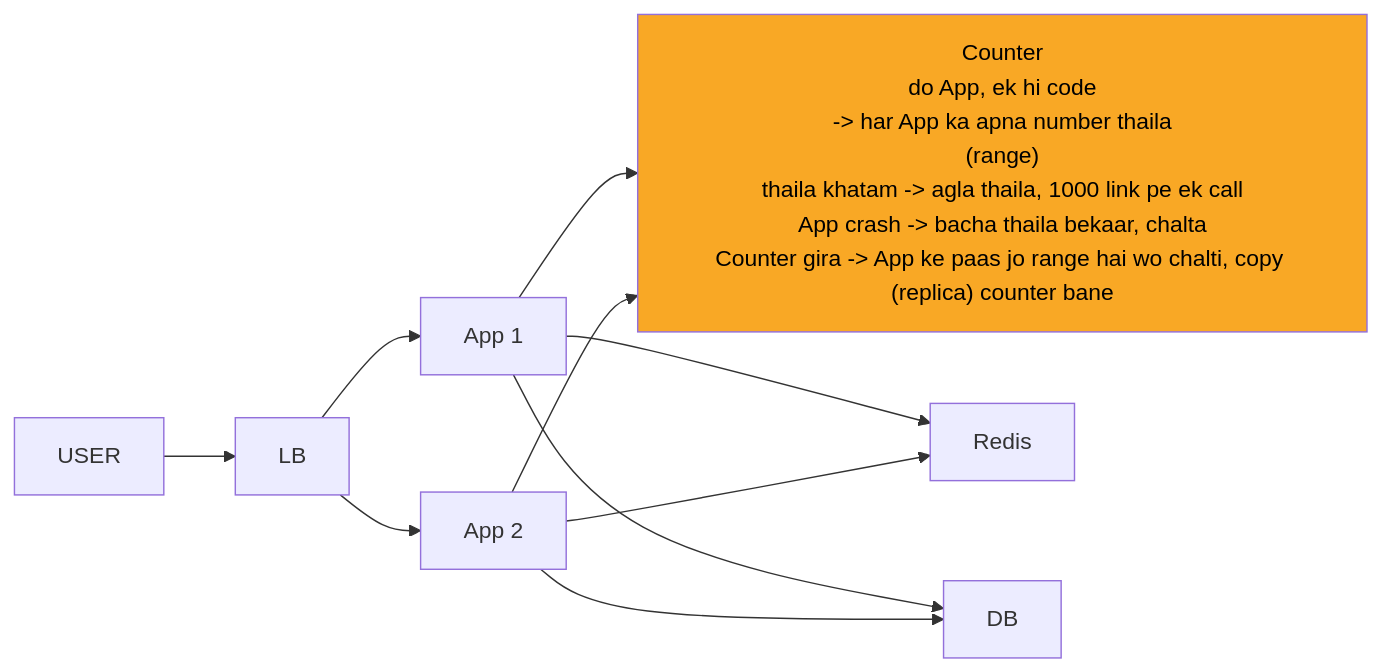
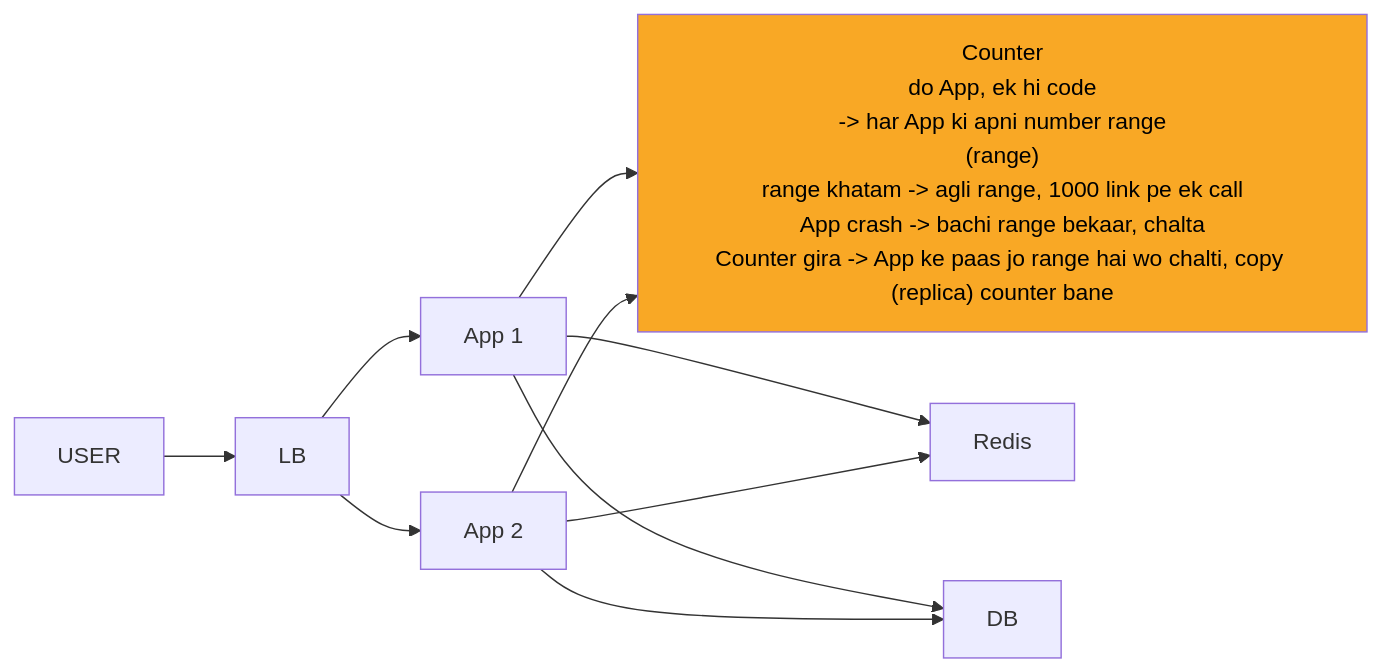
One commit to ArpanMaheshwari144/Prep changed the fourth of 10 diagrams in 04_HLD/SYSTEM_DESIGNS/01_url_shortener/01_url_shortener.md. Above: the diagram before and after it, drawn with Mermaid. The commit also changed other lines of this file and 12 other files, not shown here.

````diff
--- a/04_HLD/SYSTEM_DESIGNS/01_url_shortener/01_url_shortener.md
+++ b/04_HLD/SYSTEM_DESIGNS/01_url_shortener/01_url_shortener.md
@@ -189,21 +189,21 @@
 ```mermaid
 %%{init: {"flowchart": {"wrappingWidth": 450}}}%%
 flowchart LR
     n_USER["USER"]
     n_LB["LB"]
     n_App_x_N_1["App 1"]
     n_App_x_N_2["App 2"]
-    n_Counter["Counter<br/>do App, ek hi code<br/>-> har App ka apna number thaila<br/>(range)<br/>thaila khatam -> agla thaila, 1000 link pe ek call<br/>App crash -> bacha thaila bekaar, chalta<br/>Counter gira -> App ke paas jo range hai wo chalti, copy (replica) counter bane"]
+    n_Counter["Counter<br/>do App, ek hi code<br/>-> har App ki apni number range<br/>(range)<br/>range khatam -> agli range, 1000 link pe ek call<br/>App crash -> bachi range bekaar, chalta<br/>Counter gira -> App ke paas jo range hai wo chalti, copy (replica) counter bane"]
     n_Redis["Redis"]
     n_DB["DB"]
     n_USER --> n_LB
     n_LB --> n_App_x_N_1
     n_LB --> n_App_x_N_2
     n_App_x_N_1 --> n_Counter
     n_App_x_N_2 --> n_Counter
     n_App_x_N_1 --> n_Redis
     n_App_x_N_2 --> n_Redis
     n_App_x_N_1 --> n_DB
     n_App_x_N_2 --> n_DB
     style n_Counter fill:#f9a825,color:#000
 ```
````
